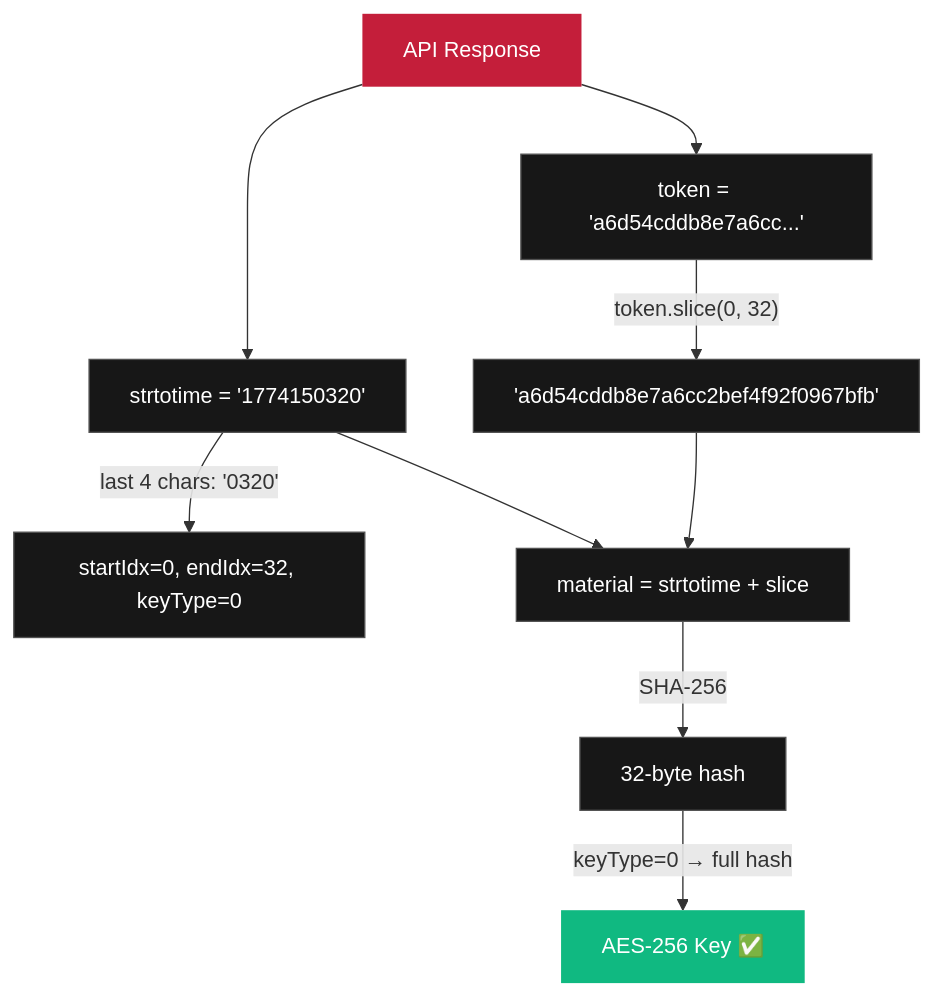
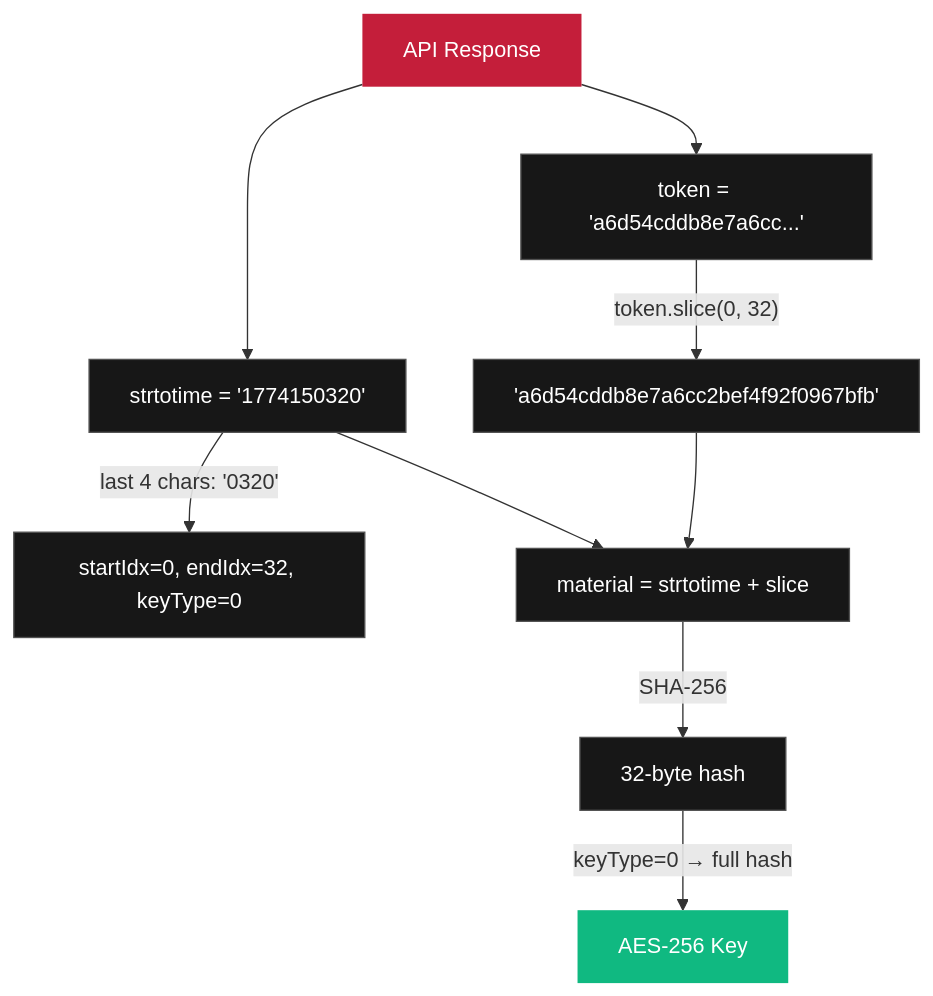
One commit to Amber-bisht/Portfilo-V3 changed the third of 8 diagrams in data/how-appx-works.md. Above: the diagram before and after it, drawn with Mermaid. The commit also changed other lines of this file and 2 other files, not shown here.

Commit message:
feat: Implement custom code block component with copy-to-clipboard and Mermaid support, and refactor Markdown element styling with explicit Tailwind classes.

````diff
--- a/data/how-appx-works.md
+++ b/data/how-appx-works.md
@@ -177,25 +177,25 @@
 ```mermaid
 flowchart TB
     A["API Response"] --> B["strtotime = '1774150320'"]
     A --> C["token = 'a6d54cddb8e7a6cc...'"]
     
     B -->|"last 4 chars: '0320'"| D["startIdx=0, endIdx=32, keyType=0"]
     
     C -->|"token.slice(0, 32)"| E["'a6d54cddb8e7a6cc2bef4f92f0967bfb'"]
     
     B --> F["material = strtotime + slice"]
     E --> F
     
     F -->|"SHA-256"| G["32-byte hash"]
     
-    G -->|"keyType=0 → full hash"| H["AES-256 Key ✅"]
+    G -->|"keyType=0 → full hash"| H["AES-256 Key"]
 
     style A fill:#c41e3a,color:#fff,stroke:none
     style H fill:#10b981,color:#fff,stroke:none
     style B fill:#171717,stroke:#525252,color:#fff
     style C fill:#171717,stroke:#525252,color:#fff
     style D fill:#171717,stroke:#525252,color:#fff
     style E fill:#171717,stroke:#525252,color:#fff
     style F fill:#171717,stroke:#525252,color:#fff
     style G fill:#171717,stroke:#525252,color:#fff
 ```
````
